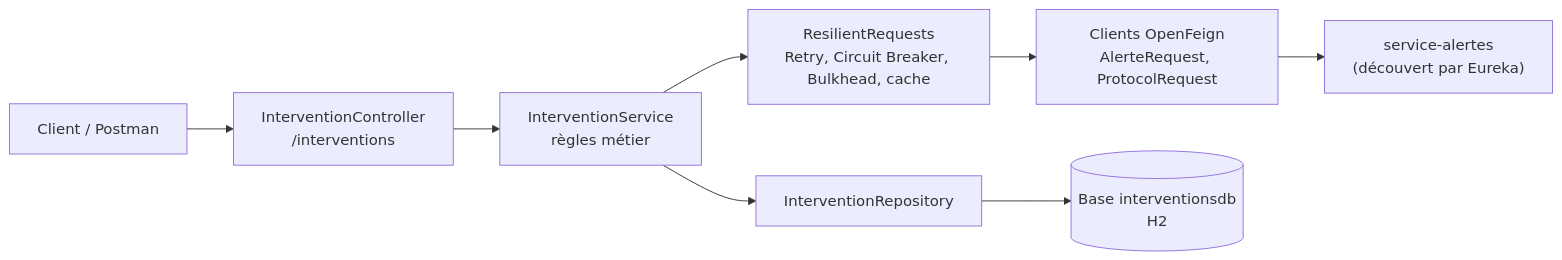
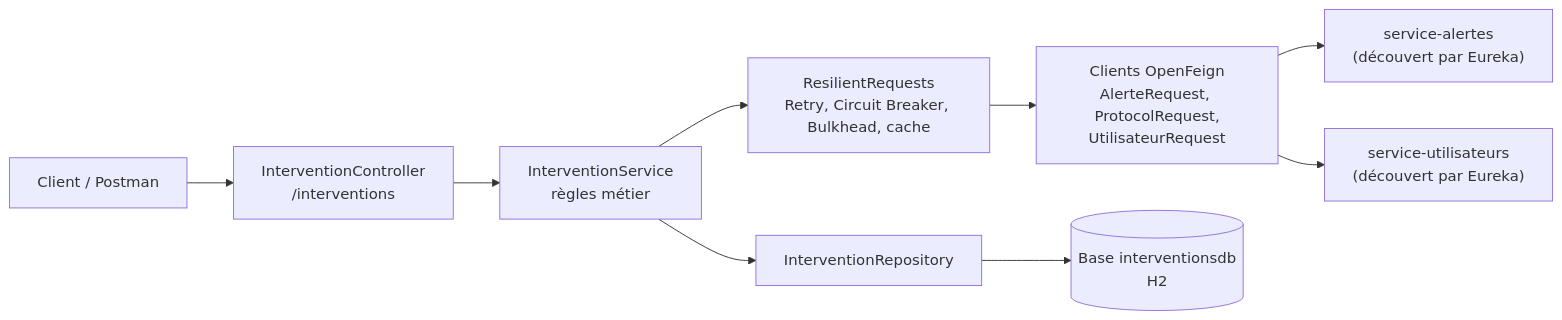
The diagram in service-interventions/README.md (labriguiOumaima/Tele_Care), drawn with Mermaid before and after one commit. The commit also changed other lines of this file and 2 other files, not shown here.

Commit message:
service-interventions : configuration H2 persistante

````diff
--- a/service-interventions/README.md
+++ b/service-interventions/README.md
@@ -30,10 +31,11 @@
 ```mermaid
 flowchart LR
     Client["Client / Postman"] --> C["InterventionController<br/>/interventions"]
     C --> S["InterventionService<br/>règles métier"]
     S --> R["InterventionRepository"]
     S --> Z["ResilientRequests<br/>Retry, Circuit Breaker, Bulkhead, cache"]
-    Z --> F["Clients OpenFeign<br/>AlerteRequest, ProtocolRequest"]
+    Z --> F["Clients OpenFeign<br/>AlerteRequest, ProtocolRequest,<br/>UtilisateurRequest"]
     F --> A["service-alertes<br/>(découvert par Eureka)"]
+    F --> U["service-utilisateurs<br/>(découvert par Eureka)"]
     R --> DB[("Base interventionsdb<br/>H2")]
 ```
````
